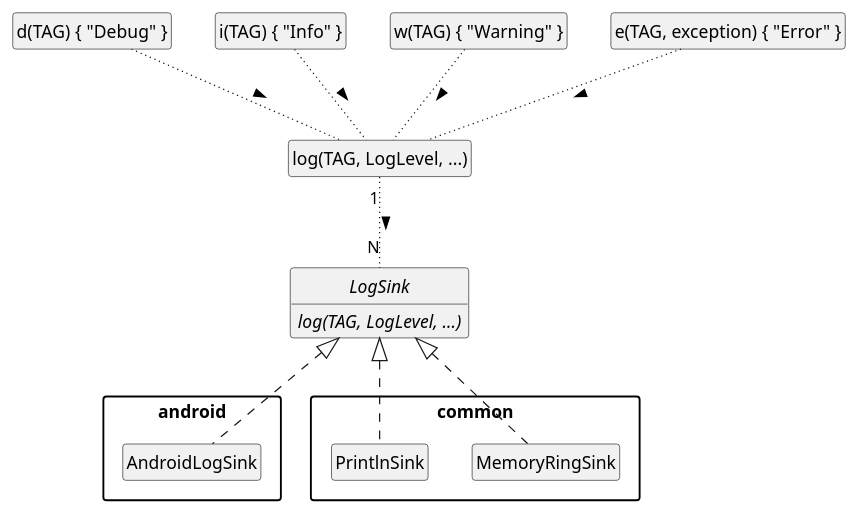
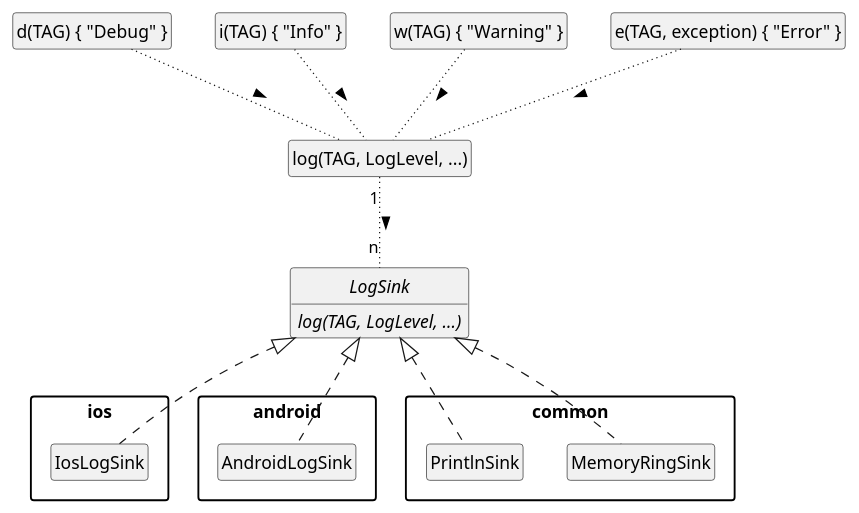
One commit to sergejsha/logger changed the diagram in documentation/architecture.iuml. Above: the diagram before and after it, drawn with PlantUML.

Commit message:
Extend arch diagram

```diff
--- a/documentation/architecture.iuml
+++ b/documentation/architecture.iuml
@@ -1,36 +1,41 @@
 @startuml
 skinparam packageStyle rectangle
 hide empty members
 hide stereotype
 hide circle
 
 class "d(TAG) { "Debug" }" as Debug
 class "i(TAG) { "Info" }" as Info
 class "w(TAG) { "Warning" }" as Warn
 class "e(TAG, exception) { "Error" }" as Error
 class "log(TAG, LogLevel, ...)" as Log
 
 Debug -[dotted]- Log : >
 Info -[dotted]- Log : >
 Warn -[dotted]- Log : >
 Error -[dotted]- Log : >
 
 interface LogSink {
     {abstract} log(TAG, LogLevel, ...)
 }
 
+package ios {
+    class IosLogSink
+}
+
 package android {
     class AndroidLogSink
 }
 
 package common {
     class PrintlnSink
     class MemoryRingSink
 }
 
 LogSink <|.. PrintlnSink
 LogSink <|.. MemoryRingSink
 LogSink <|.. AndroidLogSink
+LogSink <|.. IosLogSink
 
-Log "1" -[dotted]- "N" LogSink : >
+Log "1" -[dotted]- "n" LogSink : >
 @enduml
```
